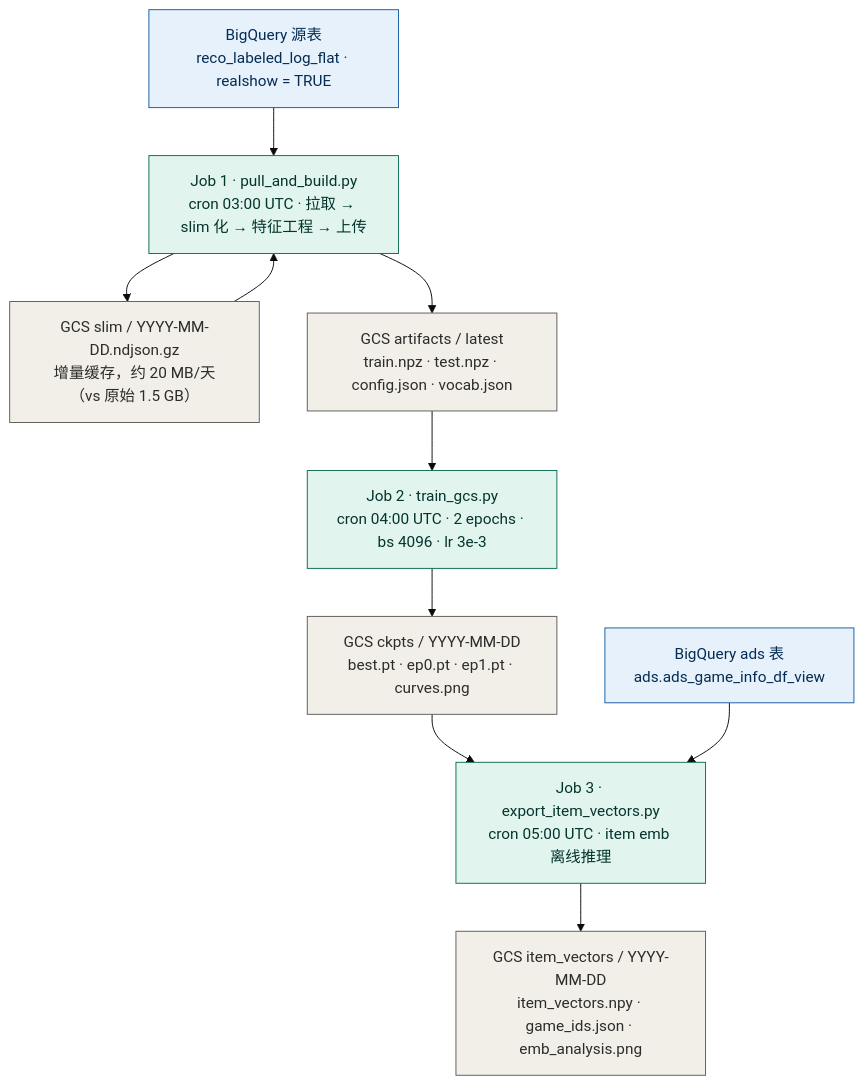
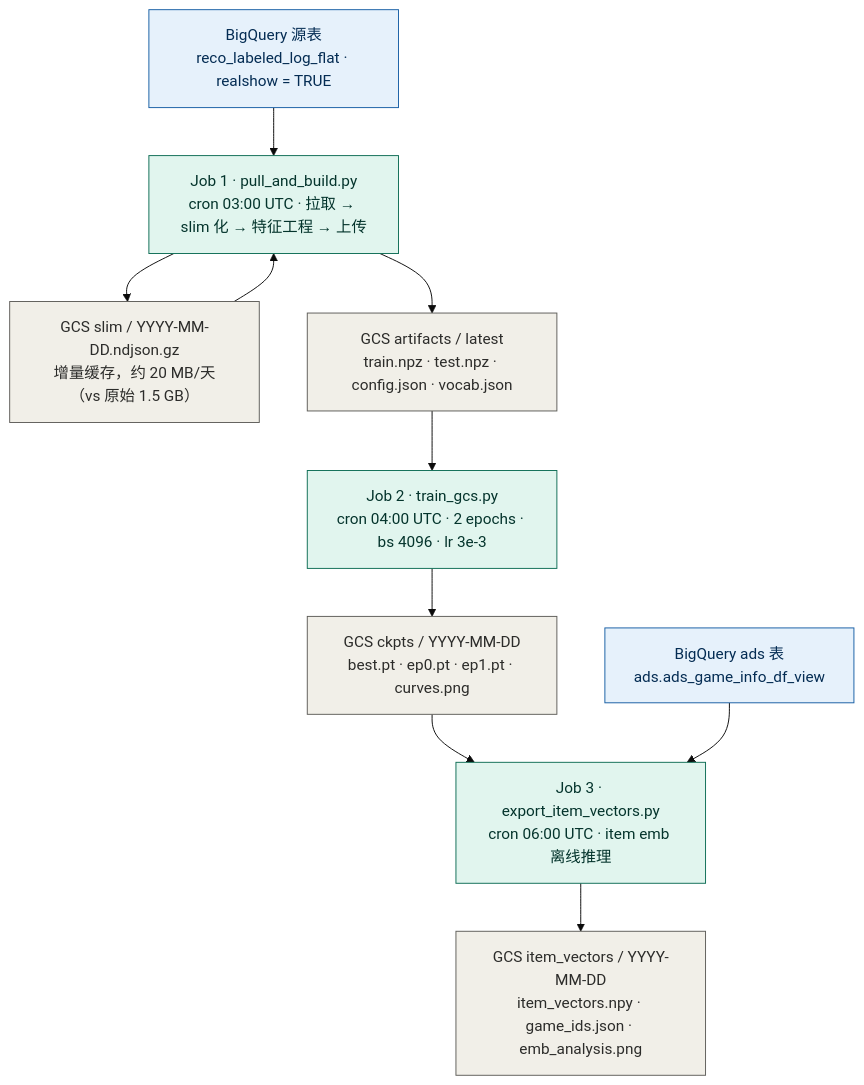
One commit to rezona-ai/rezona-reco-model changed the first of 2 diagrams in two_tower_lite/README.md. Above: the diagram before and after it, drawn with Mermaid (base theme). The commit also changed other lines of this file and 9 other files, not shown here.

````diff
--- a/two_tower_lite/README.md
+++ b/two_tower_lite/README.md
@@ -20,21 +20,21 @@
 ```mermaid
 flowchart TD
     BQ["BigQuery 源表<br/>reco_labeled_log_flat · realshow = TRUE"]
     BQADS["BigQuery ads 表<br/>ads.ads_game_info_df_view"]
     J1["Job 1 · pull_and_build.py<br/>cron 03:00 UTC · 拉取 → slim 化 → 特征工程 → 上传"]
     SLIM["GCS slim / YYYY-MM-DD.ndjson.gz<br/>增量缓存，约 20 MB/天（vs 原始 1.5 GB）"]
     ART["GCS artifacts / latest<br/>train.npz · test.npz · config.json · vocab.json"]
     J2["Job 2 · train_gcs.py<br/>cron 04:00 UTC · 2 epochs · bs 4096 · lr 3e-3"]
     CKPT["GCS ckpts / YYYY-MM-DD<br/>best.pt · ep0.pt · ep1.pt · curves.png"]
-    J3["Job 3 · export_item_vectors.py<br/>cron 05:00 UTC · item emb 离线推理"]
+    J3["Job 3 · export_item_vectors.py<br/>cron 06:00 UTC · item emb 离线推理"]
     VEC["GCS item_vectors / YYYY-MM-DD<br/>item_vectors.npy · game_ids.json · emb_analysis.png"]
     BQ --> J1 --> SLIM --> J1 --> ART --> J2 --> CKPT --> J3
     BQADS --> J3 --> VEC
 
     classDef source fill:#E6F1FB,stroke:#185FA5,color:#042C53;
     classDef compute fill:#E1F5EE,stroke:#0F6E56,color:#04342C;
     classDef storage fill:#F1EFE8,stroke:#5F5E5A,color:#2C2C2A;
     class BQ,BQADS source;
     class J1,J2,J3 compute;
     class SLIM,ART,CKPT,VEC storage;
 ```
````
